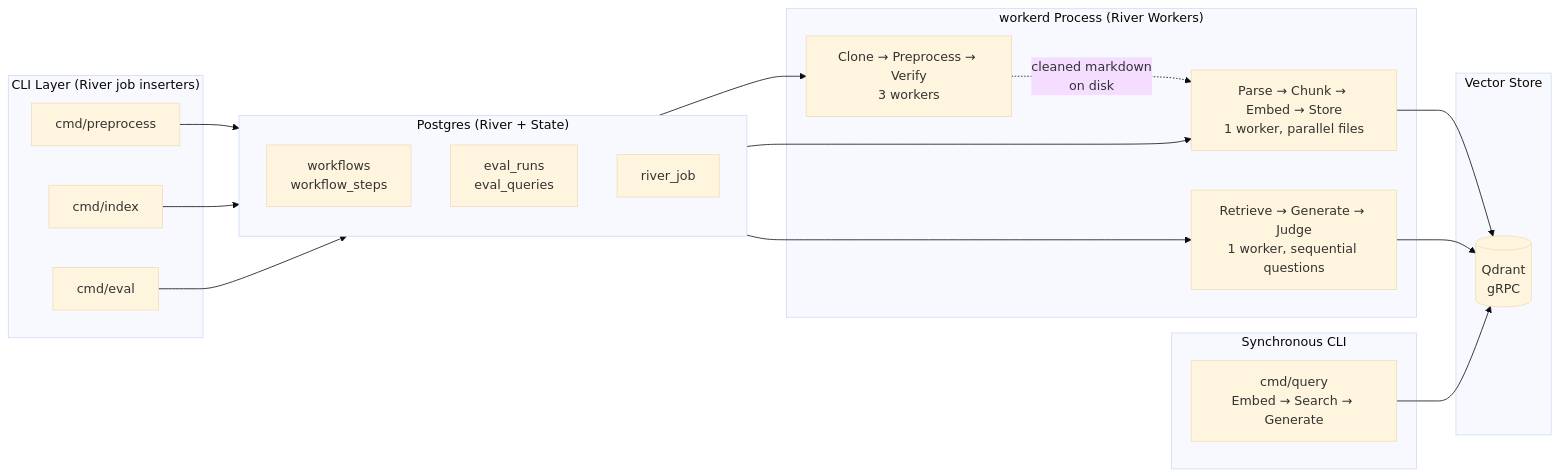
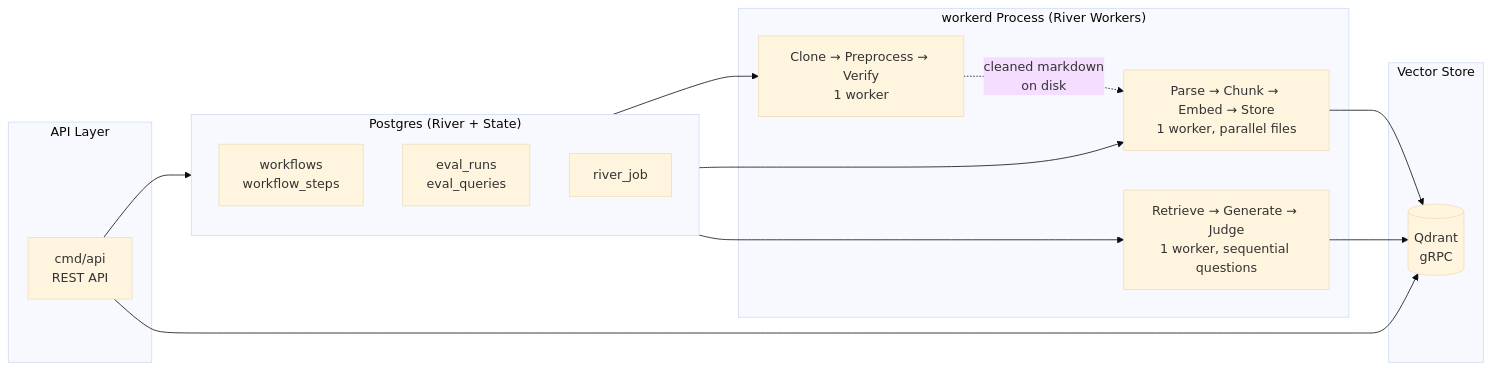
The first of 3 diagrams in README.md (kaushik2901/raglab), drawn with Mermaid (base theme) before and after one commit. The commit also changed other lines of this file and 10 other files, not shown here.

Commit message:
Remove CLI binaries except api and workerd

````diff
--- a/README.md
+++ b/README.md
@@ -9,39 +9,31 @@
 ```mermaid
 flowchart LR
-    subgraph CLIs["CLI Layer (River job inserters)"]
-        PP[cmd/preprocess]
-        IDX[cmd/index]
-        EV[cmd/eval]
+    subgraph API["API Layer"]
+        API_SERVER[cmd/api<br/>REST API]
     end
 
     subgraph PG["Postgres (River + State)"]
         WF[workflows<br/>workflow_steps]
         ER[eval_runs<br/>eval_queries]
         RJ[river_job]
     end
 
     subgraph WORKER["workerd Process (River Workers)"]
-        PREW[Clone → Preprocess → Verify<br/>3 workers]
+        PREW[Clone → Preprocess → Verify<br/>1 worker]
         INDW[Parse → Chunk → Embed → Store<br/>1 worker, parallel files]
         EVALW[Retrieve → Generate → Judge<br/>1 worker, sequential questions]
-    end
-
-    subgraph QUERY["Synchronous CLI"]
-        Q[cmd/query<br/>Embed → Search → Generate]
     end
 
     subgraph STORE["Vector Store"]
         QDRANT[(Qdrant<br/>gRPC)]
     end
 
-    PP --> PG
-    IDX --> PG
-    EV --> PG
+    API_SERVER --> PG
     PG --> PREW
     PG --> INDW
     PG --> EVALW
     INDW --> QDRANT
     PREW -.->|cleaned markdown<br/>on disk| INDW
     EVALW --> QDRANT
-    Q --> QDRANT
+    API_SERVER --> QDRANT
 ```
````
